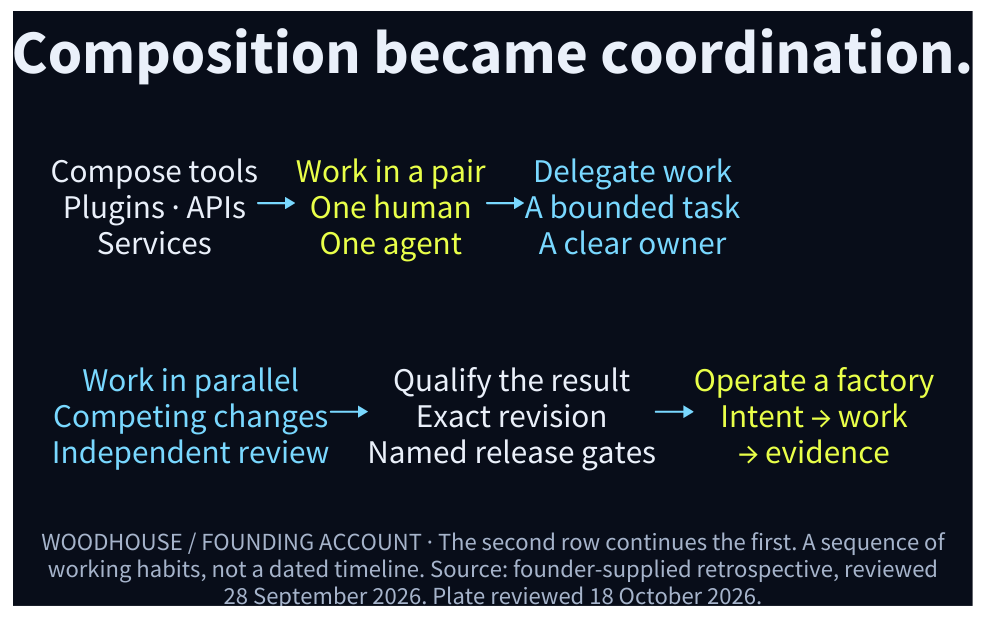
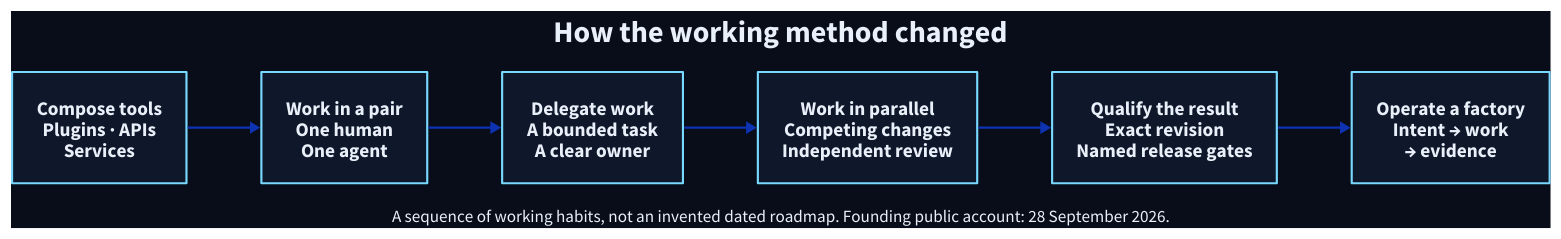
The diagram in public/diagrams/lineage.d2 (loftwah/woodhouse-new), drawn with D2 before and after one commit. The commit also changed 203 other files, not shown here.

Commit message:
Replace rejected exports with illustrated technical plates

```diff
--- a/public/diagrams/lineage.d2
+++ b/public/diagrams/lineage.d2
@@ -1,95 +1,23 @@
-# Woodhouse authored technical plate. Reviewed 18 October 2026.
-# Shape grammar: text = work; circle = responsibility; diamond = decision;
-# labelled stop = evidence boundary; dashed line = return or conditional path.
-# This is a method/relationship, not a claim that every project passed it.
+# Editable Woodhouse system model. Reviewed 18 October 2026.
+# Published illustration and this editable topology are separate artifacts.
+# Retained image master, exact prompts and paired provenance: scripts/assets/technical-plates/lineage.*
 vars: {d2-config: {layout-engine: elk; theme-id: 0; pad: 16}}
+direction: right
 style.fill: "#080D19"
-direction: right
-grid-columns: 1
-vertical-gap: 22
-
-plate_title: "Composition became coordination." {
-  shape: text
-  style.font-color: "#EAF0FA"
-  style.font-size: 58
-  style.fill: "transparent"
-  style.stroke: "#EAF0FA"
-  style.stroke-width: 0
-  style.bold: true
-}
-plate_title.near: top-center
-earlier: "" {
-  style.fill: transparent
-  style.stroke-width: 0
-  grid-rows: 1
-  grid-columns: 3
-  grid-gap: 36
-tools: "Compose tools\nPlugins · APIs\nServices" {
-  shape: text
-  style.font-color: "#EAF0FA"
-  style.font-size: 31
-  style.fill: "transparent"
-  style.stroke: "#EAF0FA"
-  style.stroke-width: 0
-}
-pair: "Work in a pair\nOne human\nOne agent" {
-  shape: text
-  style.font-color: "#E9FF49"
-  style.font-size: 31
-  style.fill: "transparent"
-  style.stroke: "#E9FF49"
-  style.stroke-width: 0
-}
-delegate: "Delegate work\nA bounded task\nA clear owner" {
-  shape: text
-  style.font-color: "#79D8FF"
-  style.font-size: 31
-  style.fill: "transparent"
-  style.stroke: "#79D8FF"
-  style.stroke-width: 0
-}
-tools -> pair: "" {style.stroke: "#79D8FF"; style.stroke-width: 2; style.font-color: "#79D8FF"; style.font-size: 22;}
-pair -> delegate: "" {style.stroke: "#79D8FF"; style.stroke-width: 2; style.font-color: "#79D8FF"; style.font-size: 22;}
-}
-factory: "" {
-  style.fill: transparent
-  style.stroke-width: 0
-  grid-rows: 1
-  grid-columns: 3
-  grid-gap: 36
-parallel: "Work in parallel\nCompeting changes\nIndependent review" {
-  shape: text
-  style.font-color: "#79D8FF"
-  style.font-size: 31
-  style.fill: "transparent"
-  style.stroke: "#79D8FF"
-  style.stroke-width: 0
-}
-qualification: "Qualify the result\nExact revision\nNamed release gates" {
-  shape: text
-  style.font-color: "#EAF0FA"
-  style.font-size: 31
-  style.fill: "transparent"
-  style.stroke: "#EAF0FA"
-  style.stroke-width: 0
-}
-operation: "Operate a factory\nIntent → work\n→ evidence" {
-  shape: text
-  style.font-color: "#E9FF49"
-  style.font-size: 31
-  style.fill: "transparent"
-  style.stroke: "#E9FF49"
-  style.stroke-width: 0
-}
-parallel -> qualification: "" {style.stroke: "#79D8FF"; style.stroke-width: 2; style.font-color: "#79D8FF"; style.font-size: 22;}
-qualification -> operation: "" {style.stroke: "#79D8FF"; style.stroke-width: 2; style.font-color: "#79D8FF"; style.font-size: 22;}
-}
-plate_note: "WOODHOUSE / FOUNDING ACCOUNT · The second row continues the first. A sequence of\nworking habits, not a dated timeline. Source: founder-supplied retrospective, reviewed\n28 September 2026. Plate reviewed 18 October 2026." {
-  shape: text
-  style.font-color: "#A6B4CB"
-  style.font-size: 23
-  style.fill: "transparent"
-  style.stroke: "#A6B4CB"
-  style.stroke-width: 0
-}
-plate_note.near: bottom-center
+*.style.fill: "#0F182A"
+*.style.stroke: "#79D8FF"
+*.style.font-color: "#EAF0FA"
+*.style.font-size: 18
+title: "How the working method changed" {shape: text; near: top-center; style.font-size: 28; style.bold: true}
+tools: "Compose tools\nPlugins · APIs\nServices" {}
+pair: "Work in a pair\nOne human\nOne agent" {}
+delegate: "Delegate work\nA bounded task\nA clear owner" {}
+parallel: "Work in parallel\nCompeting changes\nIndependent review" {}
+qualification: "Qualify the result\nExact revision\nNamed release gates" {}
+operation: "Operate a factory\nIntent → work\n→ evidence" {}
+tools -> pair: ""
+pair -> delegate: ""
+delegate -> parallel: ""
+parallel -> qualification: ""
+qualification -> operation: ""
+note: "A sequence of working habits, not an invented dated roadmap. Founding public account: 28 September 2026." {shape: text; near: bottom-center; style.font-size: 16}
```
